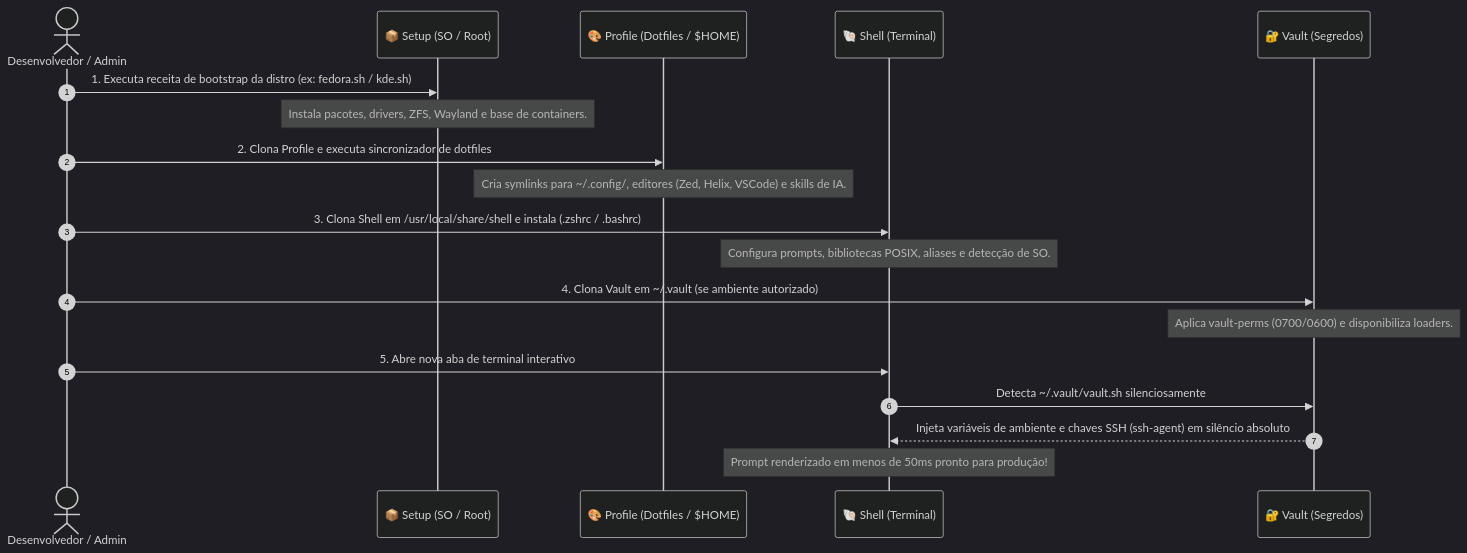
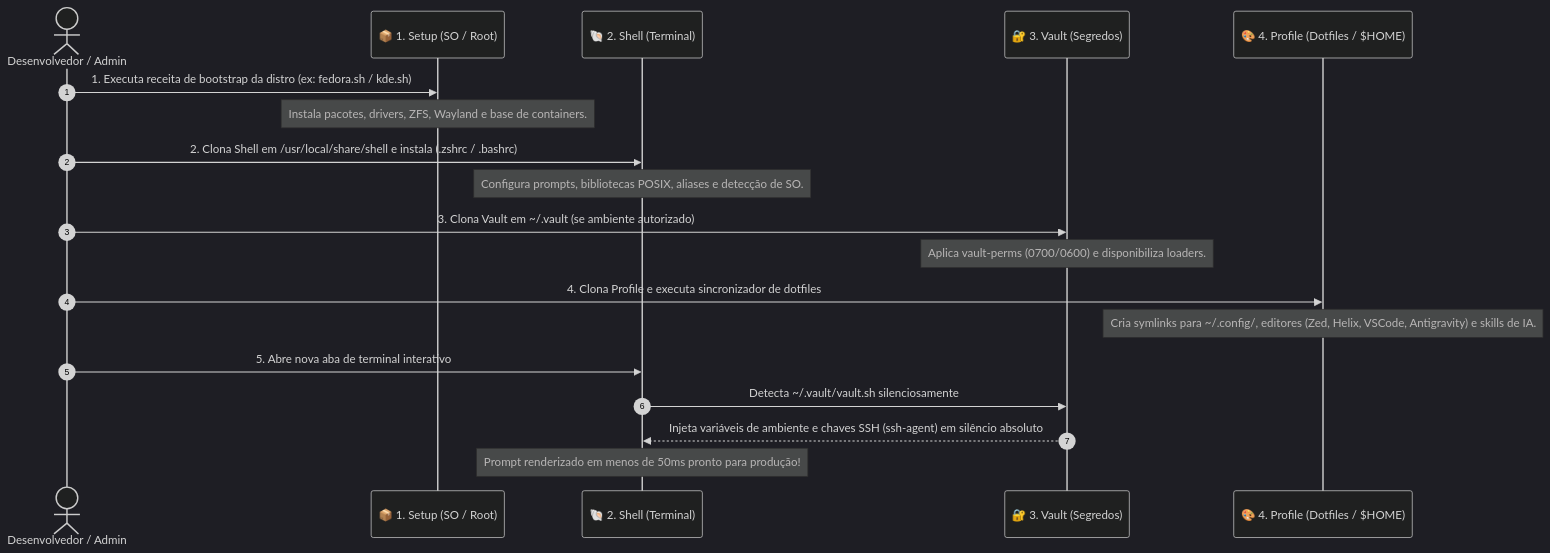
Before and after one commit to GabrielFrigo4/profile: the second of 2 diagrams in ENVIRONMENT.md, drawn with Mermaid (dark theme). The commit also changed other lines of this file and 15 other files, not shown here.

````diff
--- a/ENVIRONMENT.md
+++ b/ENVIRONMENT.md
@@ -55,22 +55,22 @@
 ```mermaid
 sequenceDiagram
     autonumber
     actor Dev as Desenvolvedor / Admin
-    participant S as 📦 Setup (SO / Root)
-    participant P as 🎨 Profile (Dotfiles / $HOME)
-    participant Sh as 🐚 Shell (Terminal)
-    participant V as 🔐 Vault (Segredos)
+    participant S as 📦 1. Setup (SO / Root)
+    participant Sh as 🐚 2. Shell (Terminal)
+    participant V as 🔐 3. Vault (Segredos)
+    participant P as 🎨 4. Profile (Dotfiles / $HOME)
 
     Dev->>S: 1. Executa receita de bootstrap da distro (ex: fedora.sh / kde.sh)
     Note over S: Instala pacotes, drivers, ZFS, Wayland e base de containers.
-    Dev->>P: 2. Clona Profile e executa sincronizador de dotfiles
-    Note over P: Cria symlinks para ~/.config/, editores (Zed, Helix, VSCode) e skills de IA.
-    Dev->>Sh: 3. Clona Shell em /usr/local/share/shell e instala (.zshrc / .bashrc)
+    Dev->>Sh: 2. Clona Shell em /usr/local/share/shell e instala (.zshrc / .bashrc)
     Note over Sh: Configura prompts, bibliotecas POSIX, aliases e detecção de SO.
-    Dev->>V: 4. Clona Vault em ~/.vault (se ambiente autorizado)
+    Dev->>V: 3. Clona Vault em ~/.vault (se ambiente autorizado)
     Note over V: Aplica vault-perms (0700/0600) e disponibiliza loaders.
+    Dev->>P: 4. Clona Profile e executa sincronizador de dotfiles
+    Note over P: Cria symlinks para ~/.config/, editores (Zed, Helix, VSCode, Antigravity) e skills de IA.
     Dev->>Sh: 5. Abre nova aba de terminal interativo
     Sh->>V: Detecta ~/.vault/vault.sh silenciosamente
     V-->>Sh: Injeta variáveis de ambiente e chaves SSH (ssh-agent) em silêncio absoluto
     Note over Sh: Prompt renderizado em menos de 50ms pronto para produção!
 ```
````
